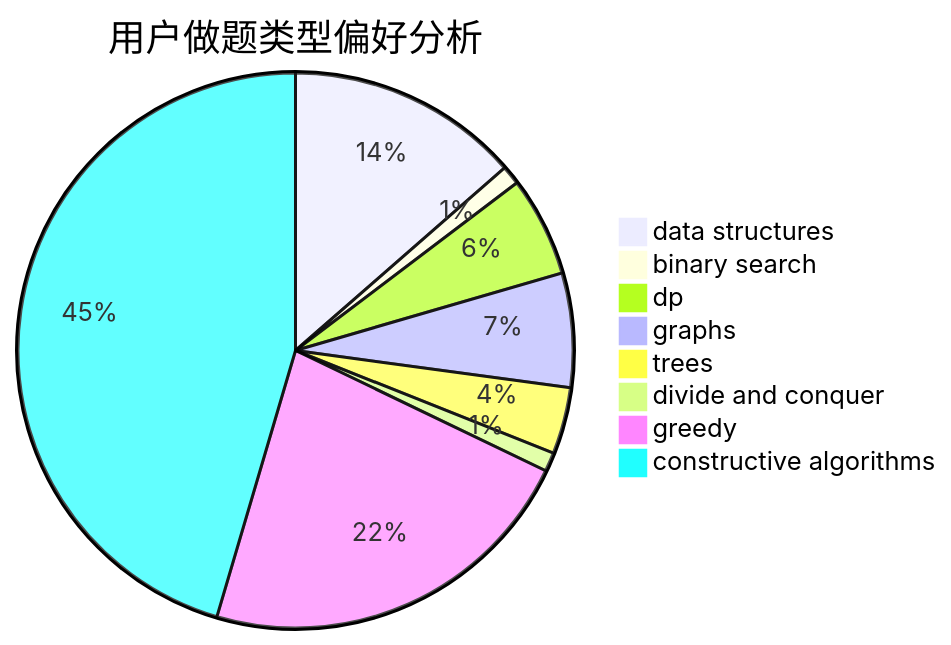
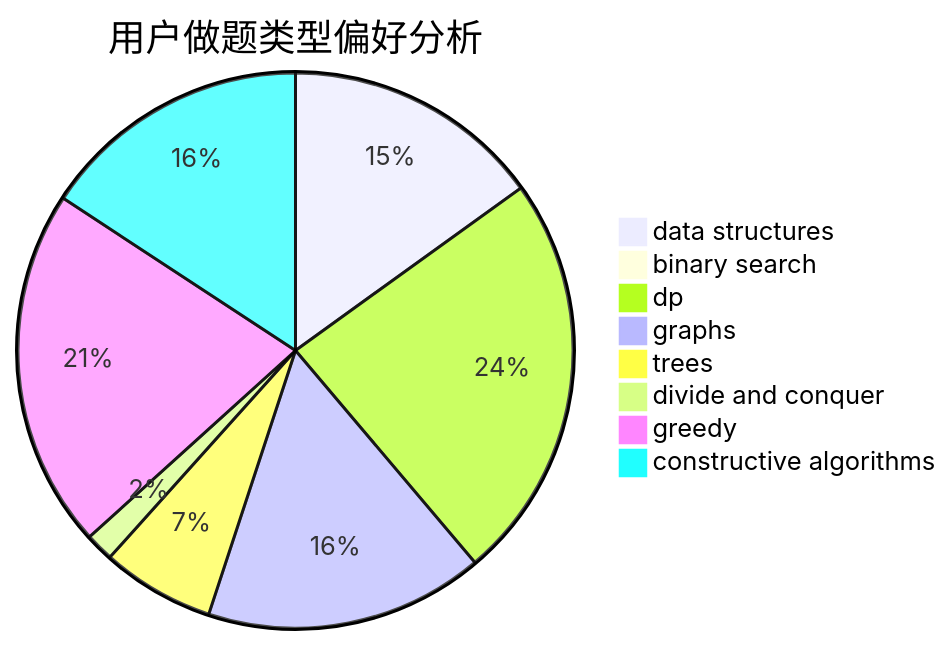
The second of 3 diagrams in docs/user/u1498.md (sherpahu/cfrs.github.io), drawn with Mermaid before and after one commit. The commit also changed other lines of this file and 2770 other files, not shown here.

````diff
--- a/docs/user/u1498.md
+++ b/docs/user/u1498.md
@@ -23,11 +23,11 @@
 ```mermaid
 pie title 用户做题类型偏好分析
-    "data structures" :  49
+    "data structures" :  64
     "binary search" :  4
-    "dp" :  21
-    "graphs" :  24
-    "trees" :  14
-    "divide and conquer" :  4
-    "greedy" :  81
-    "constructive algorithms" :  164
+    "dp" :  101
+    "graphs" :  69
+    "trees" :  28
+    "divide and conquer" :  7
+    "greedy" :  89
+    "constructive algorithms" :  67
 ```
````
